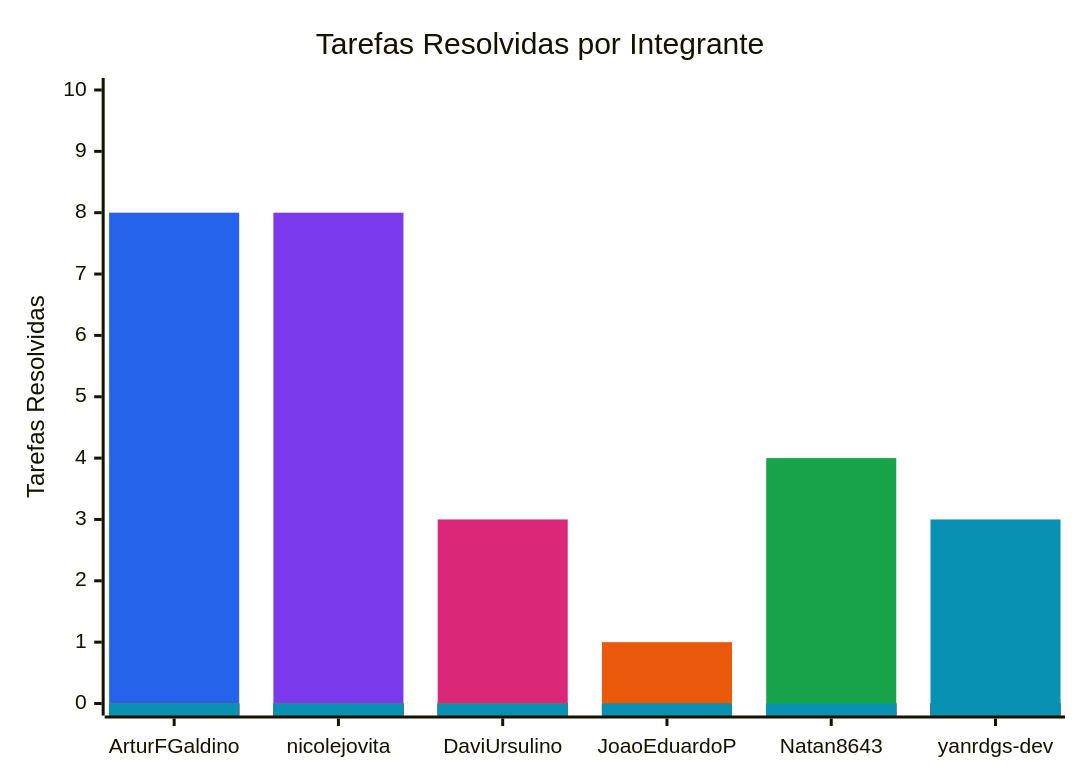
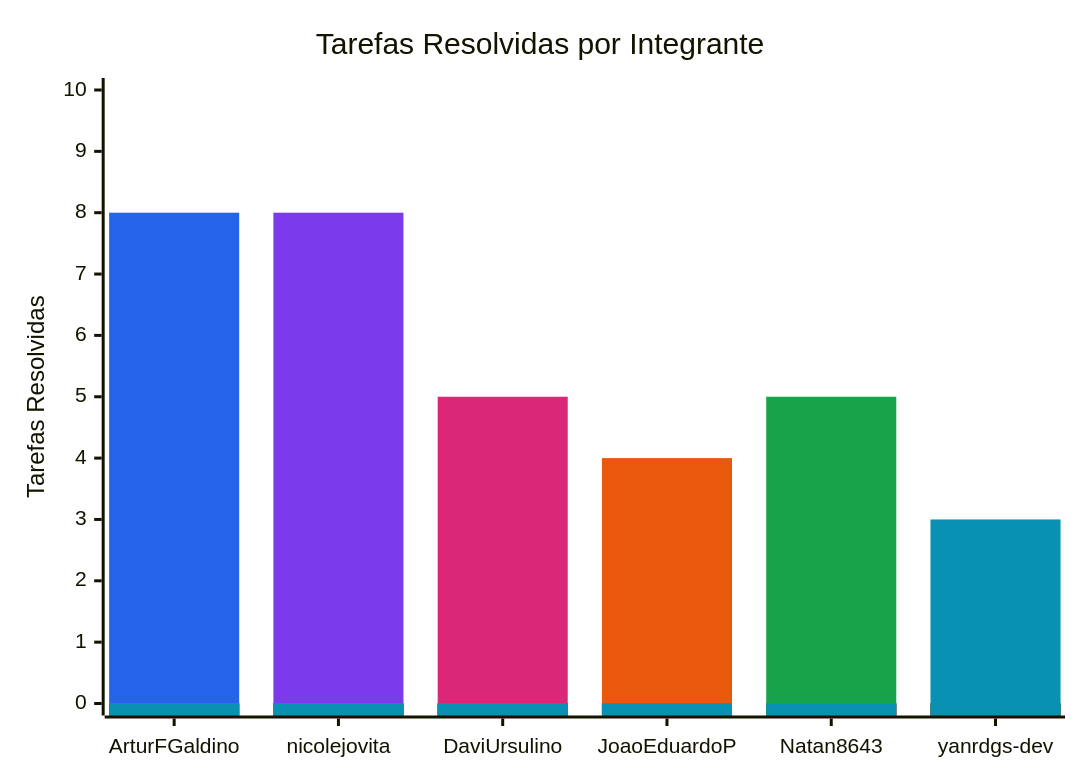
Before and after one commit to FCTE-Qualidade-de-Software-1/2026-2_T02_KAY_MCNULTY: the diagram in snippets/resolved-issues.mmd, drawn with Mermaid. The commit also changed 10 other files, not shown here.

```diff
--- a/snippets/resolved-issues.mmd
+++ b/snippets/resolved-issues.mmd
@@ -1,11 +1,11 @@
 %%{init: {"themeVariables": {"xyChart": {"plotColorPalette": "#2563eb, #7c3aed, #db2777, #ea580c, #16a34a, #0891b2"}}}}%%
 xychart-beta
     title "Tarefas Resolvidas por Integrante"
     x-axis ["ArturFGaldino", "nicolejovita", "DaviUrsulino", "JoaoEduardoP", "Natan8643", "yanrdgs-dev"]
     y-axis "Tarefas Resolvidas" 0 --> 10
     bar [8, 0, 0, 0, 0, 0]
     bar [0, 8, 0, 0, 0, 0]
-    bar [0, 0, 3, 0, 0, 0]
-    bar [0, 0, 0, 1, 0, 0]
-    bar [0, 0, 0, 0, 4, 0]
+    bar [0, 0, 5, 0, 0, 0]
+    bar [0, 0, 0, 4, 0, 0]
+    bar [0, 0, 0, 0, 5, 0]
     bar [0, 0, 0, 0, 0, 3]
```
